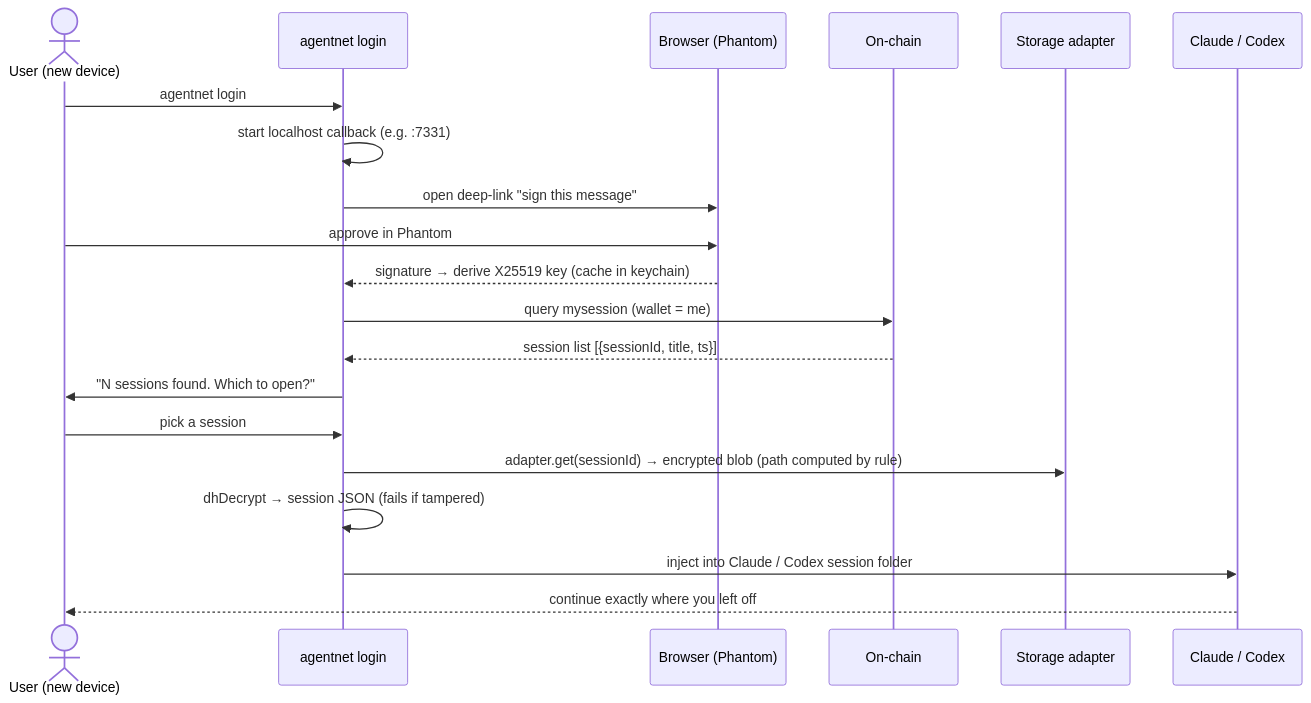
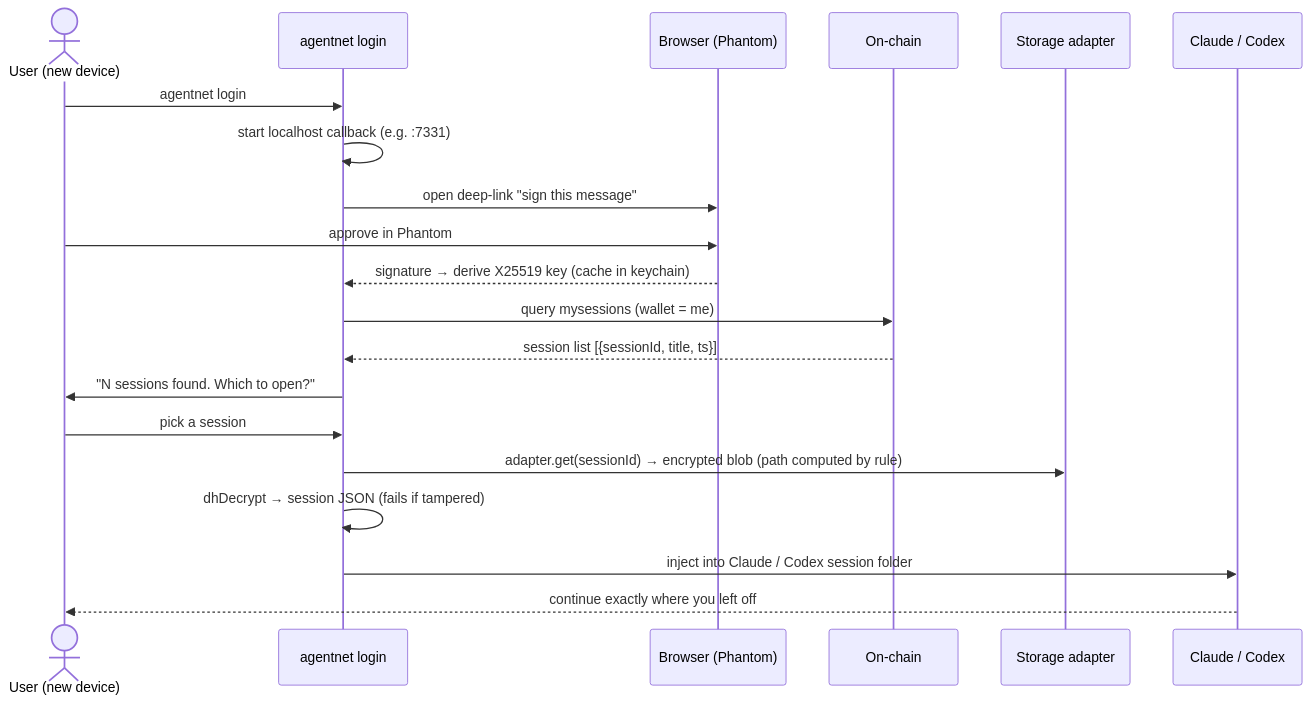
The fifth of 7 diagrams in plans/offchain-session-sync.md (IQCoreTeam/AgentNet), drawn with Mermaid before and after one commit. The commit also changed other lines of this file and 5 other files, not shown here.

````diff
--- a/plans/offchain-session-sync.md
+++ b/plans/offchain-session-sync.md
@@ -223,23 +223,23 @@
 ```mermaid
 sequenceDiagram
     actor U as User (new device)
     participant CLI as agentnet login
     participant BR as Browser (Phantom)
     participant CH as On-chain
     participant ST as Storage adapter
     participant ED as Claude / Codex
 
     U->>CLI: agentnet login
     CLI->>CLI: start localhost callback (e.g. :7331)
     CLI->>BR: open deep-link "sign this message"
     U->>BR: approve in Phantom
     BR-->>CLI: signature → derive X25519 key (cache in keychain)
-    CLI->>CH: query mysession (wallet = me)
+    CLI->>CH: query mysessions (wallet = me)
     CH-->>CLI: session list [{sessionId, title, ts}]
     CLI->>U: "N sessions found. Which to open?"
     U->>CLI: pick a session
     CLI->>ST: adapter.get(sessionId) → encrypted blob (path computed by rule)
     CLI->>CLI: dhDecrypt → session JSON (fails if tampered)
     CLI->>ED: inject into Claude / Codex session folder
     ED-->>U: continue exactly where you left off
 ```
````
